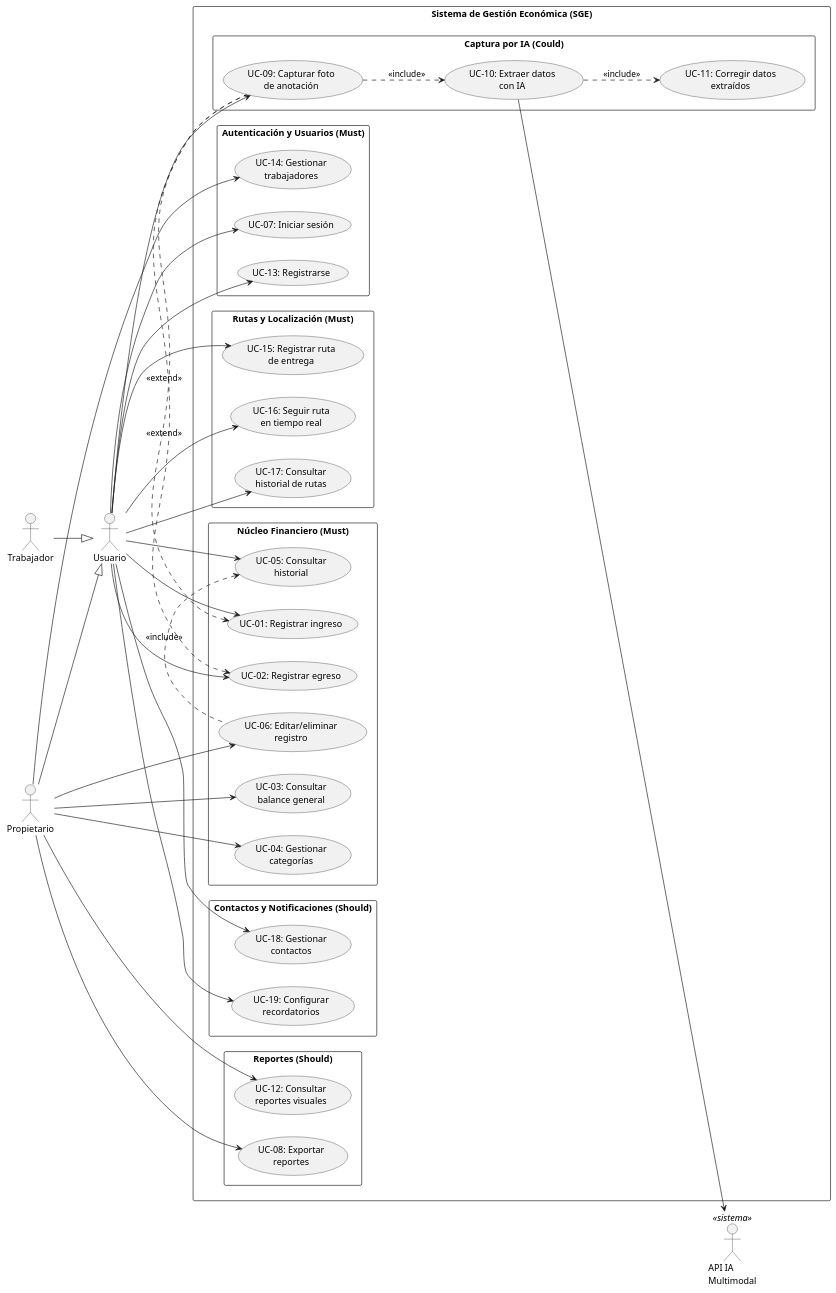
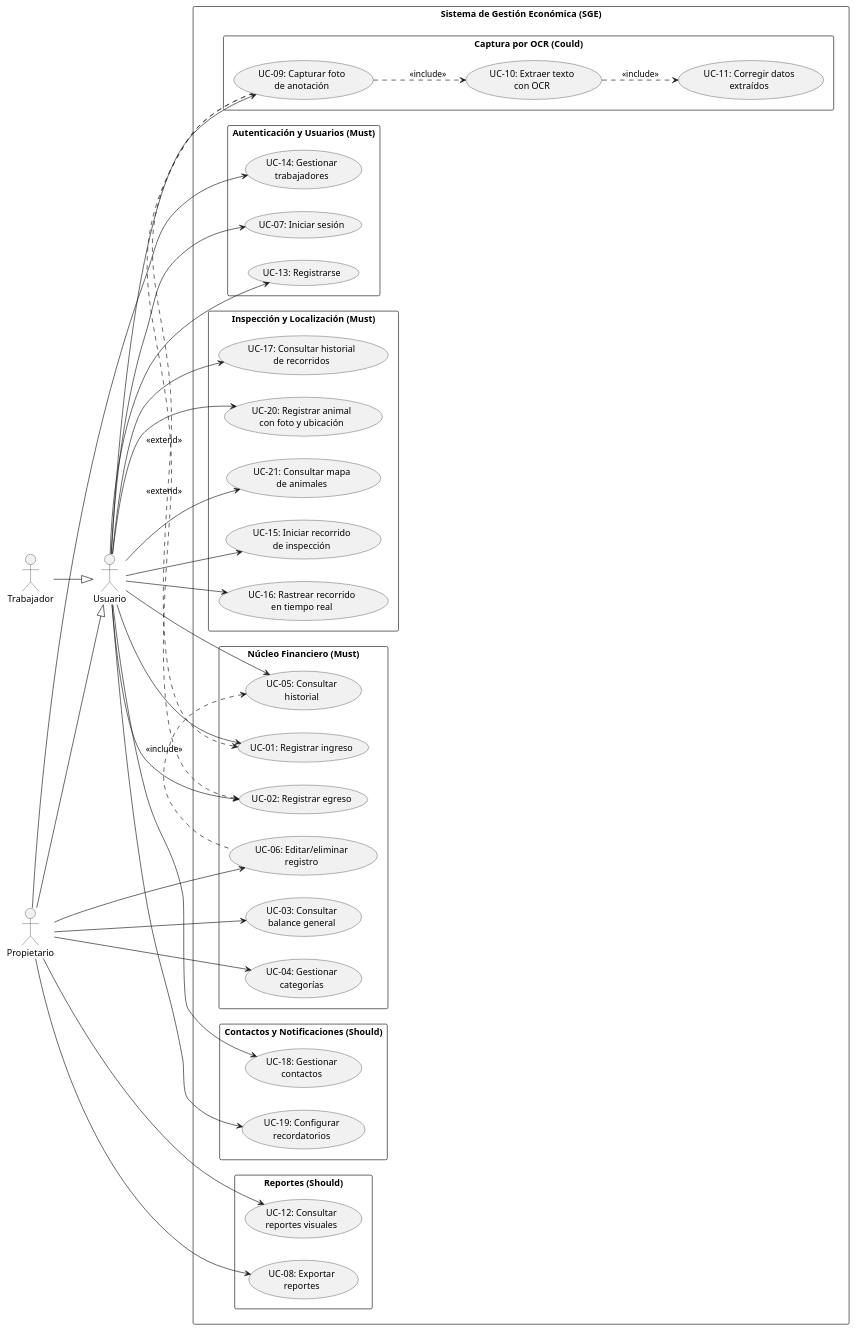
Before and after one commit to PUJ-ICM-1131/SGE: the diagram in docs/3-casos-uso-uml/casos_de_uso.md, drawn with PlantUML. The commit also changed other lines of this file and 7 other files, not shown here.

```diff
--- a/docs/3-casos-uso-uml/casos_de_uso.md
+++ b/docs/3-casos-uso-uml/casos_de_uso.md
@@ -23,8 +23,6 @@
 actor "Usuario" as user
 actor "Propietario" as owner
 actor "Trabajador" as worker
-actor "API IA\nMultimodal" as api <<sistema>>
-
 owner --|> user
 worker --|> user
 
@@ -45,10 +43,12 @@
     usecase "UC-06: Editar/eliminar\nregistro" as UC06
   }
 
-  package "Rutas y Localización (Must)" {
-    usecase "UC-15: Registrar ruta\nde entrega" as UC15
-    usecase "UC-16: Seguir ruta\nen tiempo real" as UC16
-    usecase "UC-17: Consultar\nhistorial de rutas" as UC17
+  package "Inspección y Localización (Must)" {
+    usecase "UC-15: Iniciar recorrido\nde inspección" as UC15
+    usecase "UC-16: Rastrear recorrido\nen tiempo real" as UC16
+    usecase "UC-17: Consultar historial\nde recorridos" as UC17
+    usecase "UC-20: Registrar animal\ncon foto y ubicación" as UC20
+    usecase "UC-21: Consultar mapa\nde animales" as UC21
   }
 
   package "Reportes (Should)" {
@@ -61,9 +61,9 @@
     usecase "UC-19: Configurar\nrecordatorios" as UC19
   }
 
-  package "Captura por IA (Could)" {
+  package "Captura por OCR (Could)" {
     usecase "UC-09: Capturar foto\nde anotación" as UC09
-    usecase "UC-10: Extraer datos\ncon IA" as UC10
+    usecase "UC-10: Extraer texto\ncon OCR" as UC10
     usecase "UC-11: Corregir datos\nextraídos" as UC11
   }
 }
@@ -78,6 +78,8 @@
 user --> UC15
 user --> UC16
 user --> UC17
+user --> UC20
+user --> UC21
 user --> UC18
 user --> UC19
 
@@ -88,9 +90,6 @@
 owner --> UC08
 owner --> UC12
 owner --> UC14
-
-' ── Actor secundario (sistema) ──
-UC10 --> api
 
 ' ── Include / Extend ──
 ' El hint .left.> mantiene UC-05 en la columna del paquete Must.
```
